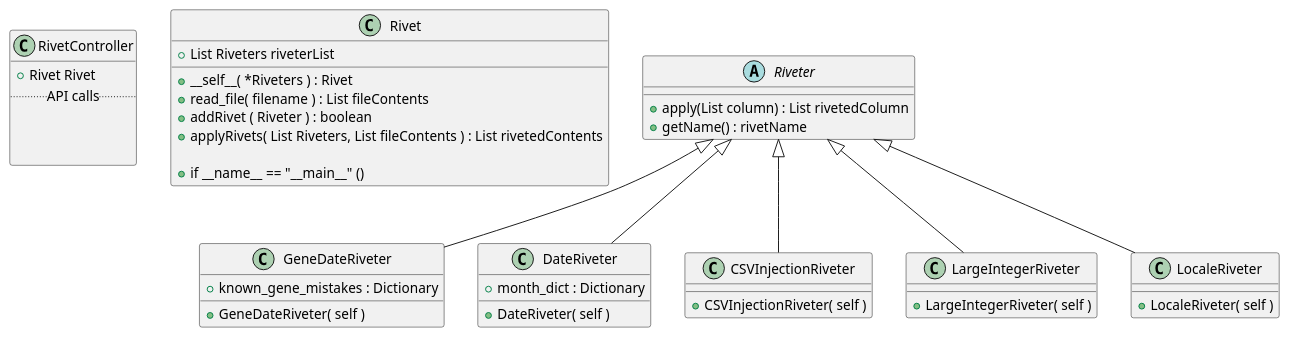
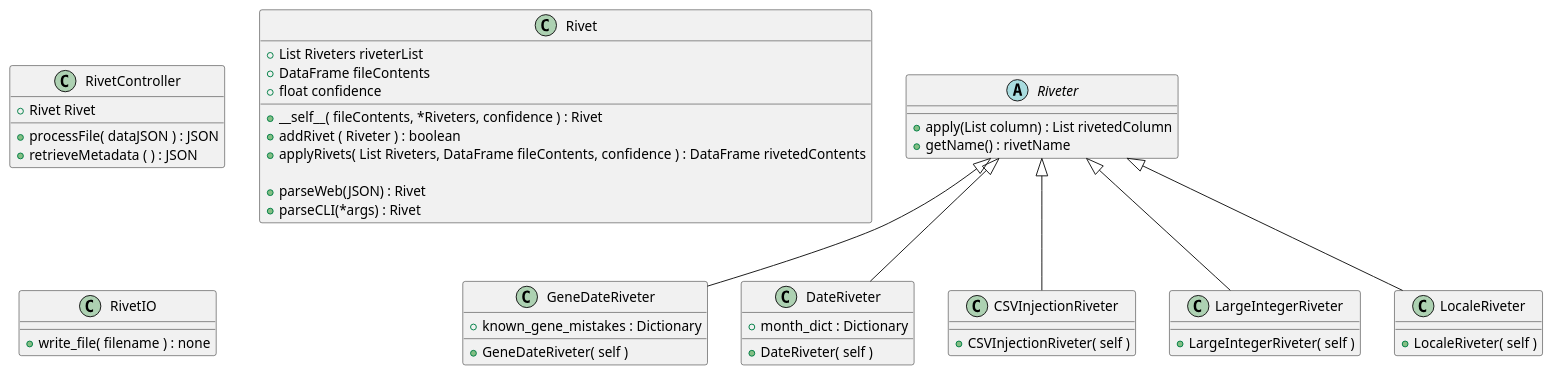
Before and after one commit to mwklose/RosieRivet: the diagram in UML_diagram.plantuml, drawn with PlantUML. The commit also changed 2 other files, not shown here.

Commit message:
PlantUML Sequence diagram/design update

```diff
--- a/UML_diagram.plantuml
+++ b/UML_diagram.plantuml
@@ -1,50 +1,55 @@
 @startuml Rosie-Rivet
 
 class RivetController {
    + Rivet Rivet
-   ..API calls..
-   
-
-
+   + processFile( dataJSON ) : JSON 
+   + retrieveMetadata ( ) : JSON
 }
 
 class Rivet {
     + List Riveters riveterList
+    + DataFrame fileContents
+    + float confidence
 
-    + __self__( *Riveters ) : Rivet
-    + read_file( filename ) : List fileContents
+    + __self__( fileContents, *Riveters, confidence ) : Rivet
     + addRivet ( Riveter ) : boolean
-    + applyRivets( List Riveters, List fileContents ) : List rivetedContents
-    
-    + if __name__ == "__main__" ()
+    + applyRivets( List Riveters, DataFrame fileContents, confidence ) : DataFrame rivetedContents
+
+    ' myRivet = Rivet.parseWeb(JSON) is example call
+    + parseWeb(JSON) : Rivet
+    + parseCLI(*args) : Rivet
+}
+
+class RivetIO {
+    + write_file( filename ) : none
 }
 
 abstract class Riveter {
     + apply(List column) : List rivetedColumn
     + getName() : rivetName
 }
 
 class GeneDateRiveter extends Riveter {
     + known_gene_mistakes : Dictionary
     + GeneDateRiveter( self )
 }
 
 class DateRiveter extends Riveter {
     + month_dict : Dictionary
     + DateRiveter( self )
 }
 
 class CSVInjectionRiveter extends Riveter {
     + CSVInjectionRiveter( self )
 }
 
 class LargeIntegerRiveter extends Riveter {
     + LargeIntegerRiveter( self )
 }
 
 class LocaleRiveter extends Riveter {
     + LocaleRiveter( self )
 }
 
 
 @enduml
```
